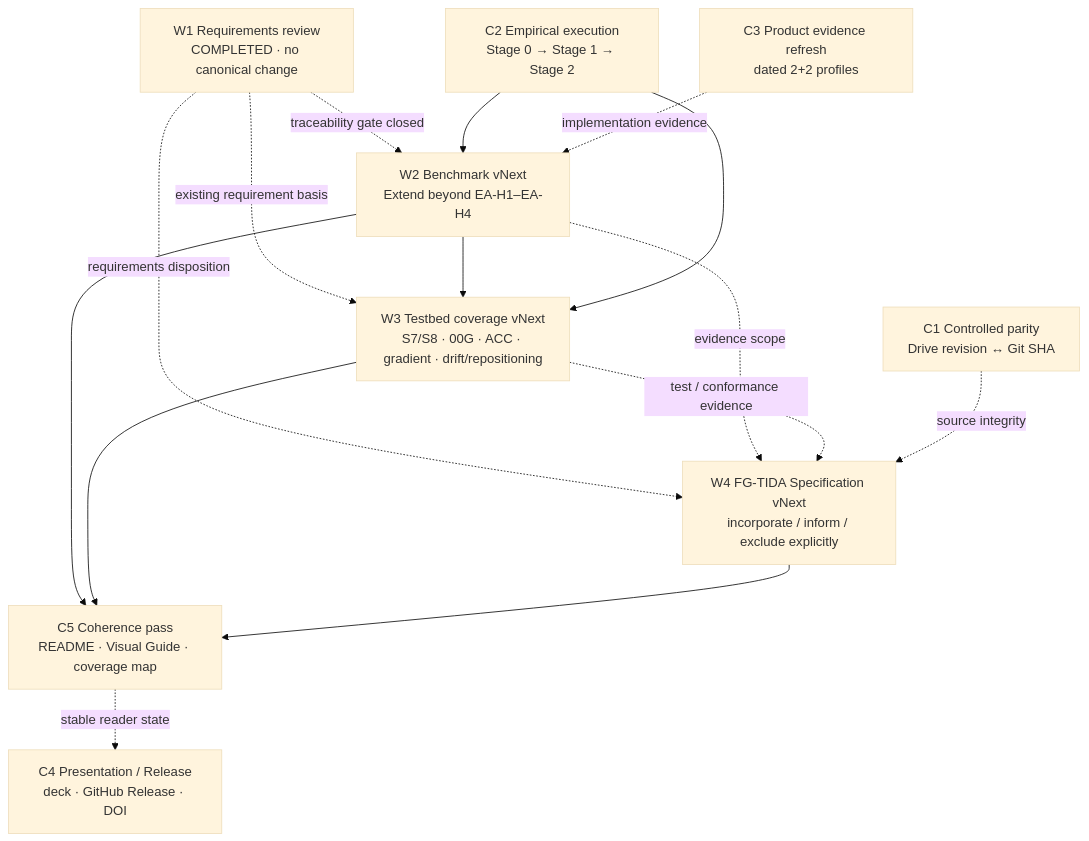
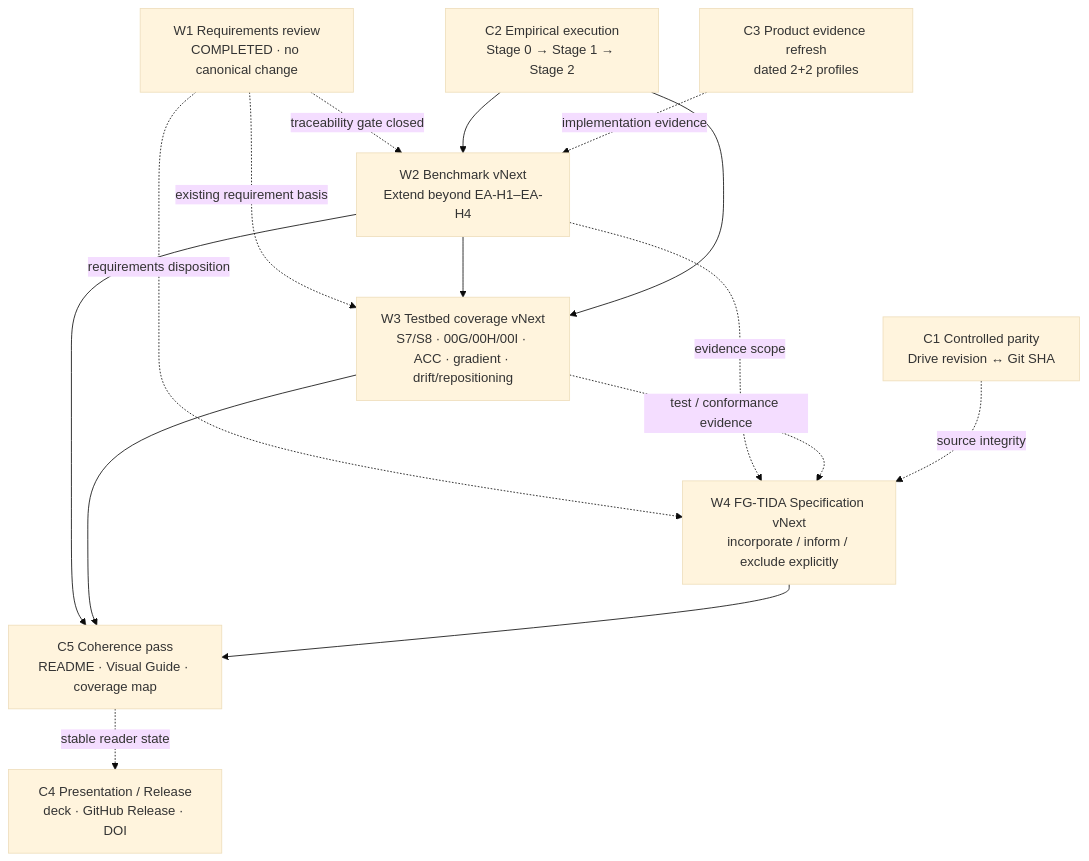
The eighth of 9 diagrams in research/ecosystem-awareness/VISUAL_GUIDE.md (dakleyer/structural-awareness-contributions), drawn with Mermaid (base theme) before and after one commit. The commit also changed other lines of this file, not shown here.

````diff
--- a/research/ecosystem-awareness/VISUAL_GUIDE.md
+++ b/research/ecosystem-awareness/VISUAL_GUIDE.md
@@ -300,30 +305,30 @@
 ```mermaid
 flowchart TB
     W1["W1 Requirements review<br/>COMPLETED · no canonical change"]
     W2["W2 Benchmark vNext<br/>Extend beyond EA-H1–EA-H4"]
-    W3["W3 Testbed coverage vNext<br/>S7/S8 · 00G · ACC · gradient · drift/repositioning"]
+    W3["W3 Testbed coverage vNext<br/>S7/S8 · 00G/00H/00I · ACC · gradient · drift/repositioning"]
     W4["W4 FG-TIDA Specification vNext<br/>incorporate / inform / exclude explicitly"]
 
     C1["C1 Controlled parity<br/>Drive revision ↔ Git SHA"]
     C2["C2 Empirical execution<br/>Stage 0 → Stage 1 → Stage 2"]
     C3["C3 Product evidence refresh<br/>dated 2+2 profiles"]
     C4["C4 Presentation / Release<br/>deck · GitHub Release · DOI"]
     C5["C5 Coherence pass<br/>README · Visual Guide · coverage map"]
 
     W1 -. "traceability gate closed" .-> W2
     W1 -. "existing requirement basis" .-> W3
     W1 -. "requirements disposition" .-> W4
     W2 --> W3
     W2 -. "evidence scope" .-> W4
     W3 -. "test / conformance evidence" .-> W4
 
     C1 -. "source integrity" .-> W4
     C2 --> W2
     C2 --> W3
     C3 -. "implementation evidence" .-> W2
 
     W2 --> C5
     W3 --> C5
     W4 --> C5
     C5 -. "stable reader state" .-> C4
 ```
````
